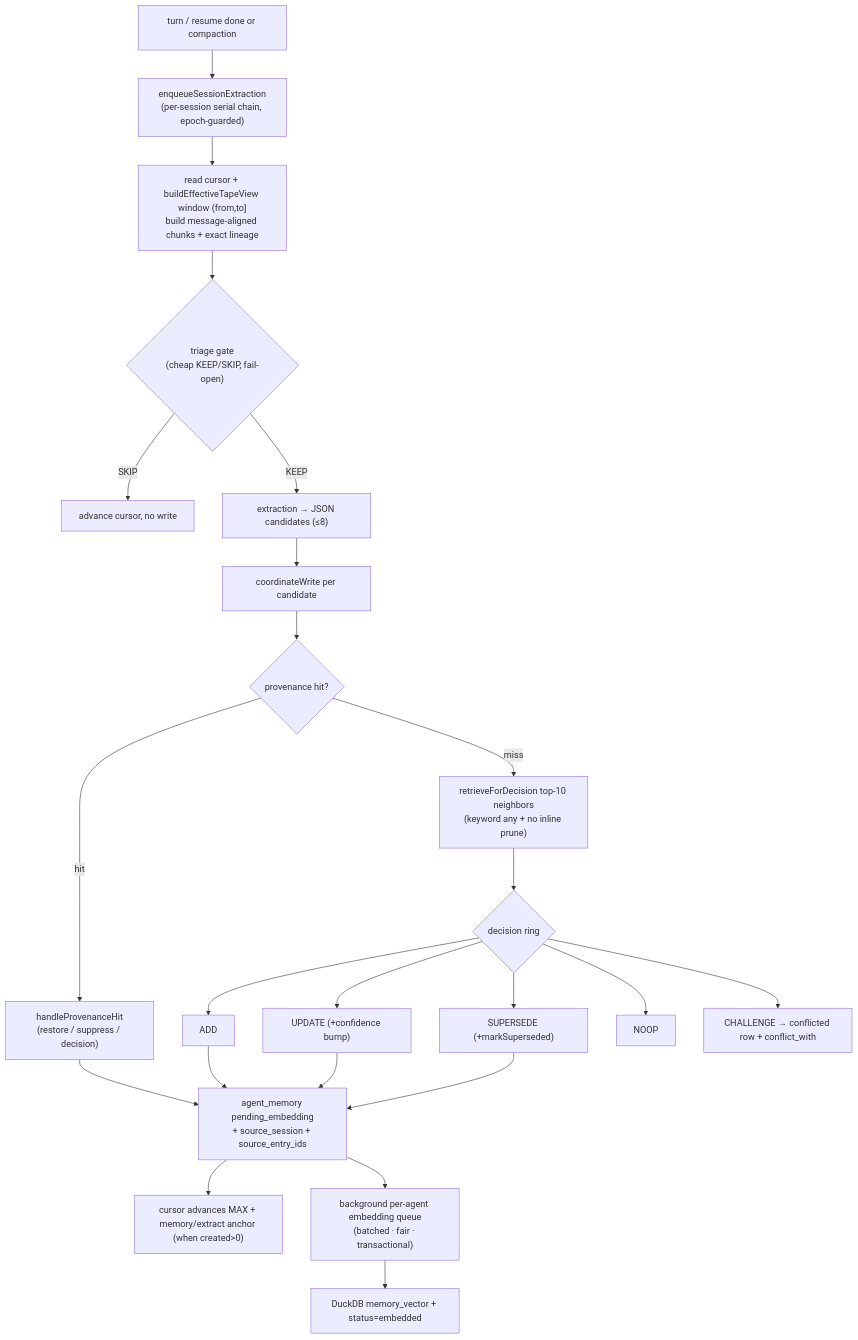
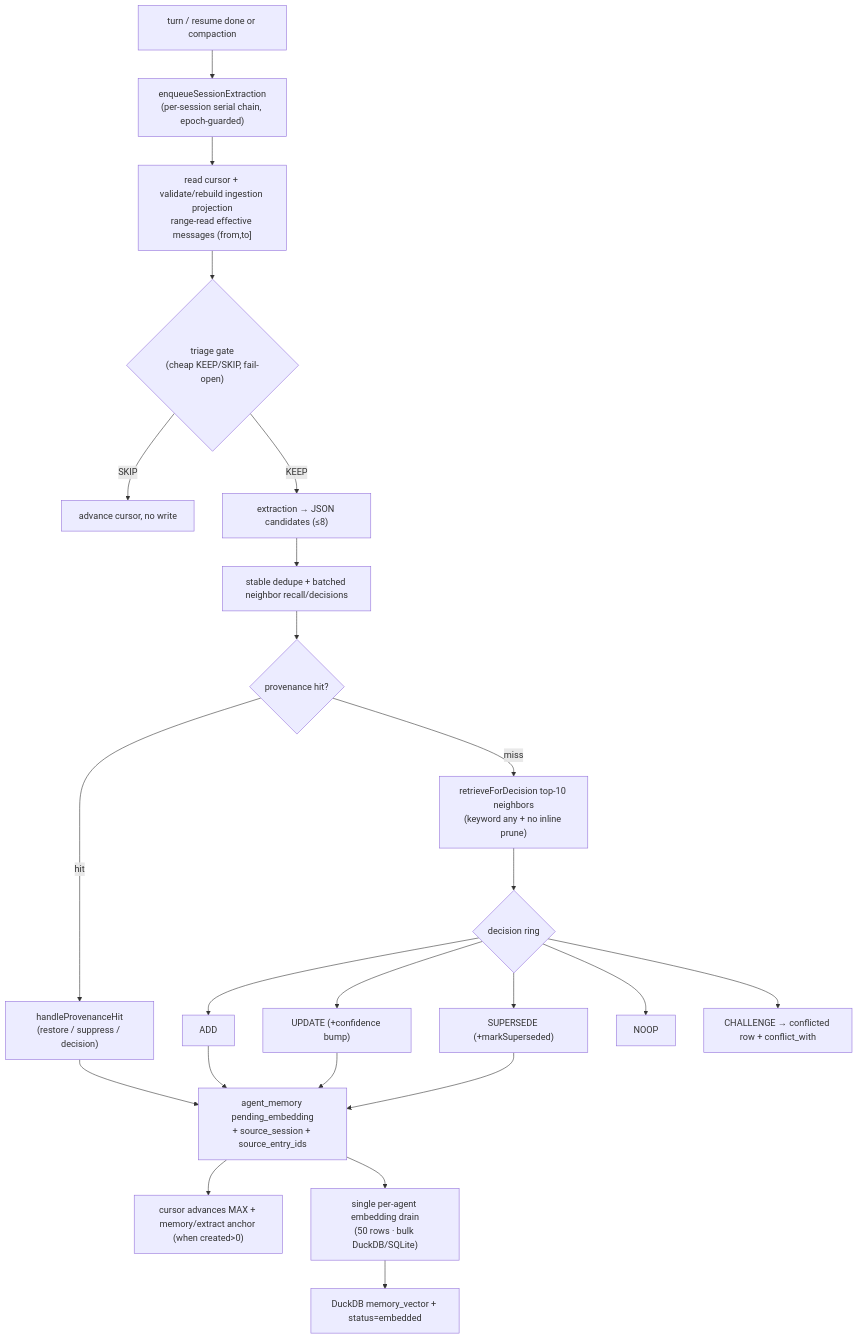
The third of 5 diagrams in docs/architecture/agent-memory-system/spec.md (zerob13/deepchat), drawn with Mermaid before and after one commit. The commit also changed other lines of this file and 121 other files, not shown here.

````diff
--- a/docs/architecture/agent-memory-system/spec.md
+++ b/docs/architecture/agent-memory-system/spec.md
@@ -282,25 +291,25 @@
 ```mermaid
 flowchart TD
   T["turn / resume done or compaction"] --> EQ["enqueueSessionExtraction<br/>(per-session serial chain, epoch-guarded)"]
-  EQ --> CUR["read cursor + buildEffectiveTapeView window (from,to]<br/>build message-aligned chunks + exact lineage"]
+  EQ --> CUR["read cursor + validate/rebuild ingestion projection<br/>range-read effective messages (from,to]"]
   CUR --> TRI{"triage gate<br/>(cheap KEEP/SKIP, fail-open)"}
   TRI -- SKIP --> ADV0["advance cursor, no write"]
   TRI -- KEEP --> EX["extraction → JSON candidates (≤8)"]
-  EX --> CW["coordinateWrite per candidate"]
+  EX --> CW["stable dedupe + batched neighbor recall/decisions"]
   CW --> DUP{provenance hit?}
   DUP -- hit --> REV["handleProvenanceHit<br/>(restore / suppress / decision)"]
   DUP -- miss --> NB["retrieveForDecision top-10 neighbors<br/>(keyword any + no inline prune)"]
   NB --> DEC{decision ring}
   DEC --> ADD[ADD]
   DEC --> UPD["UPDATE (+confidence bump)"]
   DEC --> SUP["SUPERSEDE (+markSuperseded)"]
   DEC --> NOOP[NOOP]
   DEC --> CH["CHALLENGE → conflicted row + conflict_with"]
   ADD --> PEND["agent_memory pending_embedding<br/>+ source_session + source_entry_ids"]
   UPD --> PEND
   SUP --> PEND
   REV --> PEND
   PEND --> ADV["cursor advances MAX + memory/extract anchor (when created>0)"]
-  PEND --> EMB["background per-agent embedding queue<br/>(batched · fair · transactional)"]
+  PEND --> EMB["single per-agent embedding drain<br/>(50 rows · bulk DuckDB/SQLite)"]
   EMB --> DUCK["DuckDB memory_vector + status=embedded"]
 ```
````
